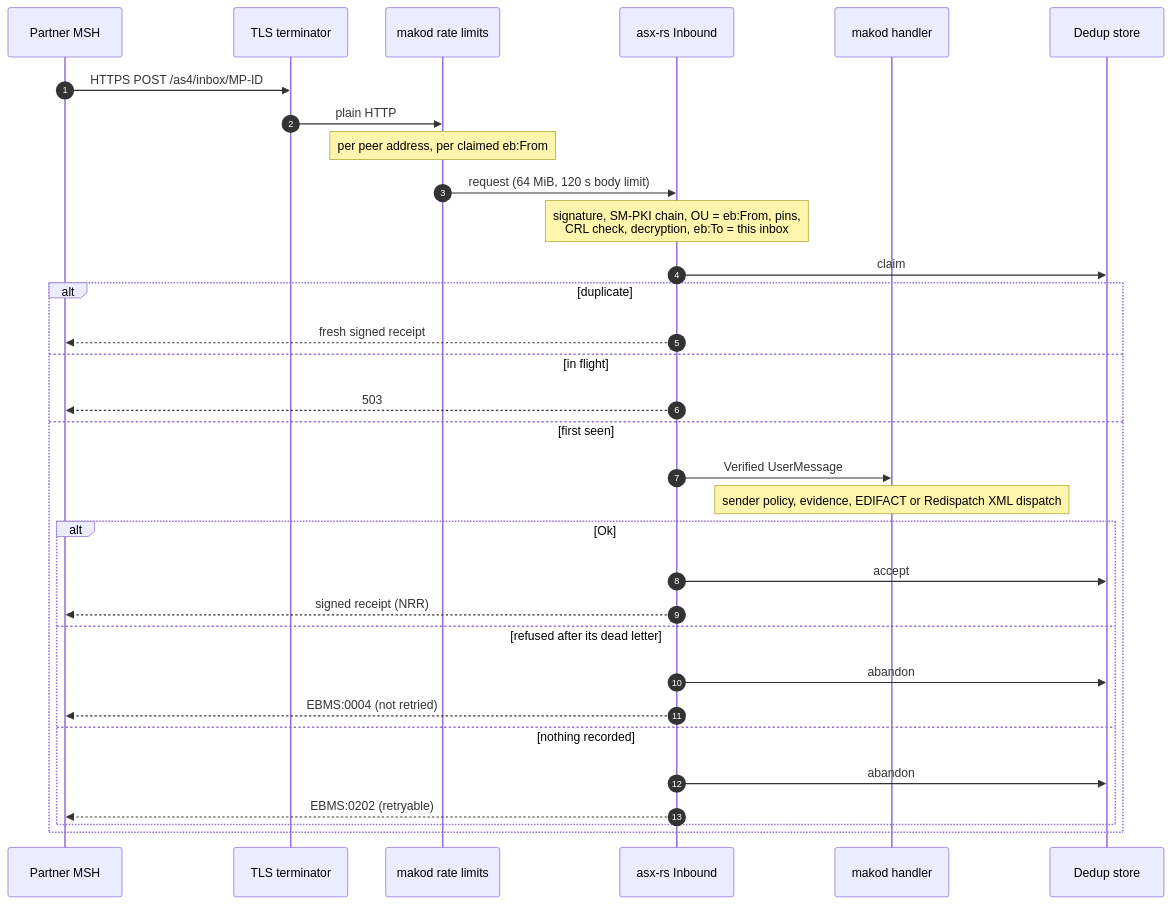
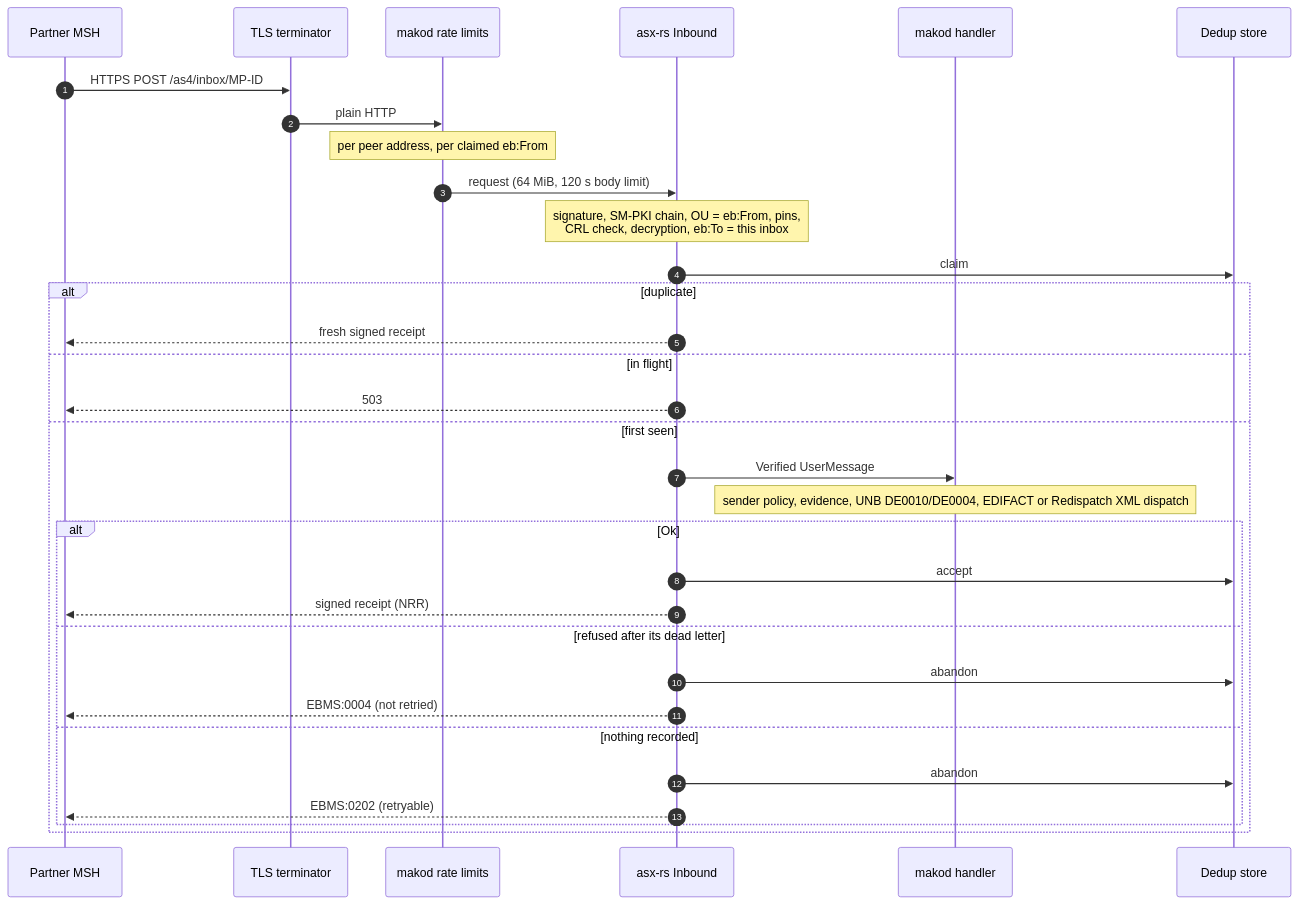
One commit to hupe1980/mako changed the first of 2 diagrams in site/content/docs/reference/as4-bdew.md. Above: the diagram before and after it, drawn with Mermaid. The commit also changed other lines of this file and 568 other files, not shown here.

````diff
--- a/site/content/docs/reference/as4-bdew.md
+++ b/site/content/docs/reference/as4-bdew.md
@@ -210,35 +234,35 @@
 ```mermaid
 sequenceDiagram
     autonumber
     participant P as Partner MSH
     participant TLS as TLS terminator
     participant RL as makod rate limits
     participant ASX as asx-rs Inbound
     participant H as makod handler
     participant D as Dedup store
 
     P->>TLS: HTTPS POST /as4/inbox/MP-ID
     TLS->>RL: plain HTTP
     Note over RL: per peer address, per claimed eb:From
     RL->>ASX: request (64 MiB, 120 s body limit)
     Note over ASX: signature, SM-PKI chain, OU = eb:From, pins,<br/>CRL check, decryption, eb:To = this inbox
     ASX->>D: claim
     alt duplicate
         ASX-->>P: fresh signed receipt
     else in flight
         ASX-->>P: 503
     else first seen
         ASX->>H: Verified UserMessage
-        Note over H: sender policy, evidence, EDIFACT or Redispatch XML dispatch
+        Note over H: sender policy, evidence, UNB DE0010/DE0004, EDIFACT or Redispatch XML dispatch
         alt Ok
             ASX->>D: accept
             ASX-->>P: signed receipt (NRR)
         else refused after its dead letter
             ASX->>D: abandon
             ASX-->>P: EBMS:0004 (not retried)
         else nothing recorded
             ASX->>D: abandon
             ASX-->>P: EBMS:0202 (retryable)
         end
     end
 ```
````
